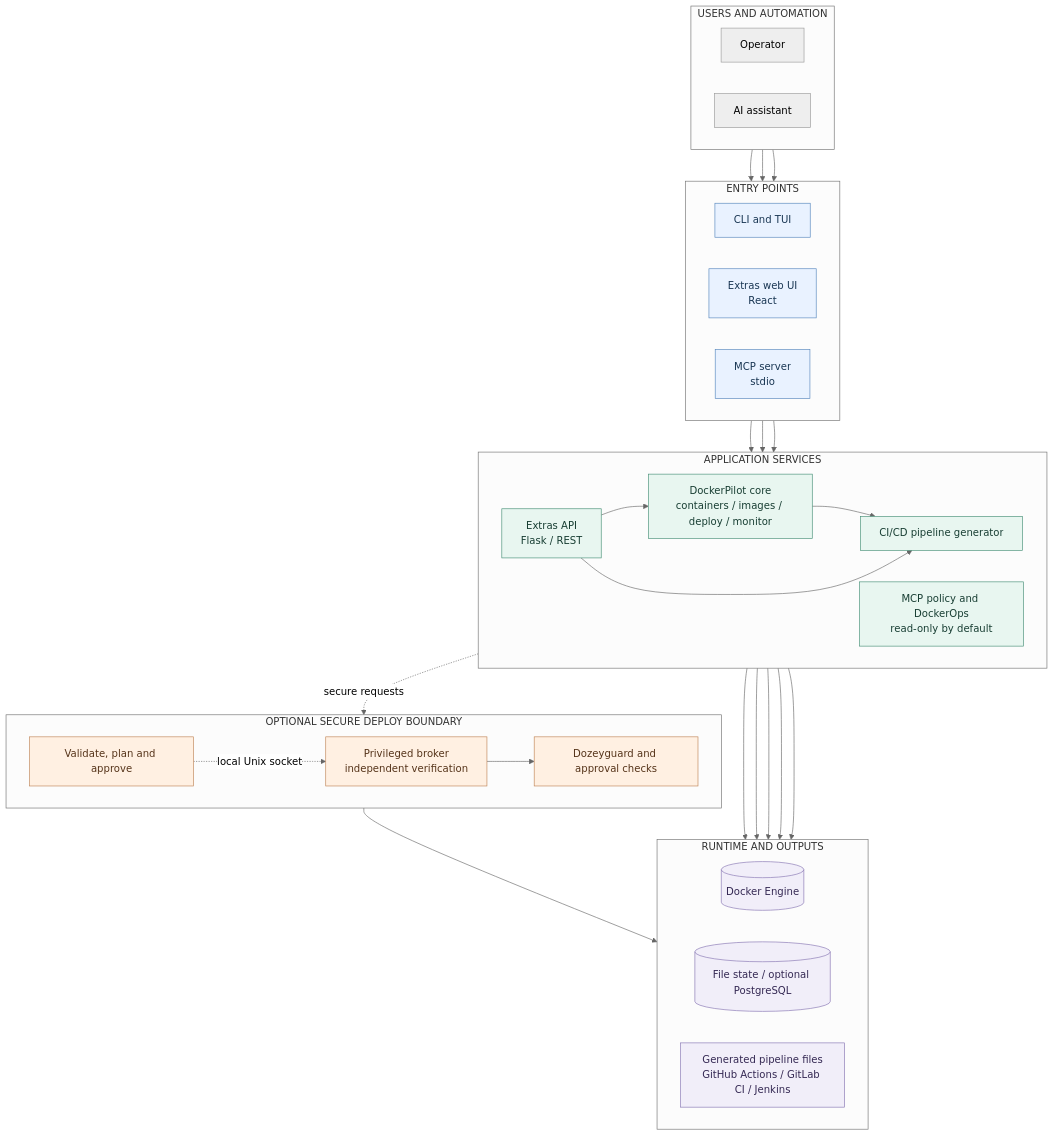
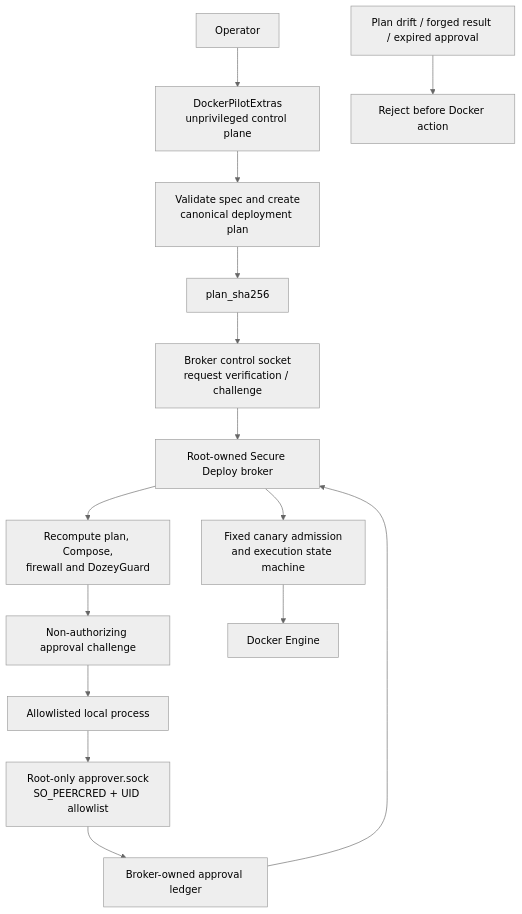
The diagram in README.md (DozeyUDK/DockerPilot), drawn with Mermaid (neutral theme) before and after one commit. The commit also changed other lines of this file and 11 other files, not shown here.

Commit message:
docs: foreground Secure Deploy and align guides

````diff
--- a/README.md
+++ b/README.md
@@ -16,65 +29,17 @@
-```mermaid
+~~~mermaid
 flowchart TB
-    subgraph Actors["USERS AND AUTOMATION"]
-        direction LR
-        Operator["Operator"]
-        Assistant["AI assistant"]
-    end
-
-    subgraph Entry["ENTRY POINTS"]
-        direction LR
-        CLI["CLI and TUI"]
-        Web["Extras web UI<br/>React"]
-        MCP["MCP server<br/>stdio"]
-    end
-
-    subgraph App["APPLICATION SERVICES"]
-        direction LR
-        Core["DockerPilot core<br/>containers / images / deploy / monitor"]
-        API["Extras API<br/>Flask / REST"]
-        MCPPolicy["MCP policy and DockerOps<br/>read-only by default"]
-        Pipelines["CI/CD pipeline generator"]
-    end
-
-    subgraph Secure["OPTIONAL SECURE DEPLOY BOUNDARY"]
-        direction LR
-        Plan["Validate, plan and approve"]
-        Broker["Privileged broker<br/>independent verification"]
-        Guard["Dozeyguard and approval checks"]
-    end
-
-    subgraph Targets["RUNTIME AND OUTPUTS"]
-        direction LR
-        Docker[("Docker Engine")]
-        Store[("File state / optional PostgreSQL")]
-        CI["Generated pipeline files<br/>GitHub Actions / GitLab CI / Jenkins"]
-    end
-
-    Operator --> CLI
-    Operator --> Web
-    Assistant --> MCP
-    CLI --> Core
-    Web --> API
-    API --> Core
-    MCP --> MCPPolicy
-    Core --> Docker
-    MCPPolicy --> Docker
-    Core --> Store
-    API --> Store
-    Core --> Pipelines
-    API --> Pipelines
-    Pipelines --> CI
-    API -. "secure requests" .-> Plan
-    Plan -. "local Unix socket" .-> Broker
-    Broker --> Guard
-    Broker --> Docker
-
-    classDef entry fill:#e9f2ff,stroke:#5485bc,color:#193653,stroke-width:1px
-    classDef app fill:#e8f6f0,stroke:#438d74,color:#183e33,stroke-width:1px
-    classDef secure fill:#fff0e2,stroke:#be8254,color:#553319,stroke-width:1px
-    classDef target fill:#f1eef9,stroke:#8473b1,color:#342853,stroke-width:1px
-    class CLI,Web,MCP entry
-    class Core,API,MCPPolicy,Pipelines app
-    class Plan,Broker,Guard secure
-    class Docker,Store,CI target
-```
+    Operator["Operator"] --> Extras["DockerPilotExtras<br/>unprivileged control plane"]
+    Extras --> Plan["Validate spec and create<br/>canonical deployment plan"]
+    Plan --> Hash["plan_sha256"]
+    Hash --> Control["Broker control socket<br/>request verification / challenge"]
+    Control --> Broker["Root-owned Secure Deploy broker"]
+    Broker --> Verify["Recompute plan, Compose,<br/>firewall and DozeyGuard"]
+    Verify --> Challenge["Non-authorizing approval challenge"]
+    Challenge --> Approver["Allowlisted local process"]
+    Approver --> Socket["Root-only approver.sock<br/>SO_PEERCRED + UID allowlist"]
+    Socket --> Ledger["Broker-owned approval ledger"]
+    Ledger --> Broker
+    Broker --> Admission["Fixed canary admission<br/>and execution state machine"]
+    Admission --> Docker["Docker Engine"]
+    Tamper["Plan drift / forged result / expired approval"] --> Reject["Reject before Docker action"]
+~~~
````
